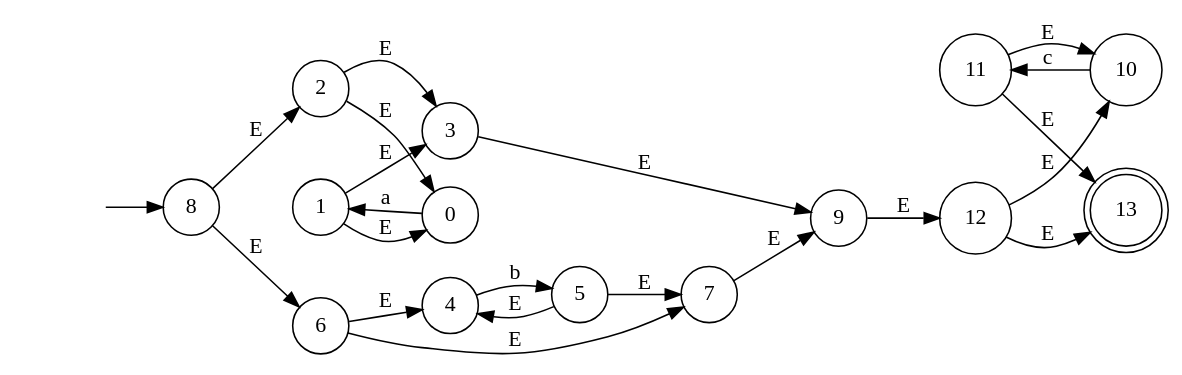
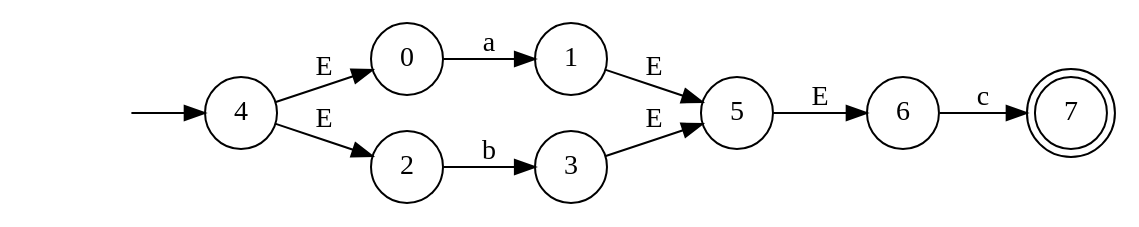
Before and after one commit to CrisLayB/ProgrammingLanguageDesign: the diagram in docs/automataAFN.dot, drawn with Graphviz. The commit also changed 3 other files, not shown here.

```diff
--- a/docs/automataAFN.dot
+++ b/docs/automataAFN.dot
@@ -1,31 +1,19 @@
 digraph "Resultado Automata" {
 rankdir=LR size="8,5"
 node [shape=doublecircle]
-13
+7
 node [shape=circle]
-8
+4
 node [shape=none]
 ""
-""-> 8 [label=""]
+""-> 4 [label=""]
 node [shape=circle]
 0 -> 1[label="a"]
-1 -> 0[label="E"]
-2 -> 3[label="E"]
-2 -> 0[label="E"]
-1 -> 3[label="E"]
-4 -> 5[label="b"]
-5 -> 4[label="E"]
-6 -> 7[label="E"]
-6 -> 4[label="E"]
-5 -> 7[label="E"]
-8 -> 2[label="E"]
-8 -> 6[label="E"]
-3 -> 9[label="E"]
-7 -> 9[label="E"]
-10 -> 11[label="c"]
-11 -> 10[label="E"]
-12 -> 13[label="E"]
-12 -> 10[label="E"]
-11 -> 13[label="E"]
-9 -> 12[label="E"]
+2 -> 3[label="b"]
+4 -> 0[label="E"]
+4 -> 2[label="E"]
+1 -> 5[label="E"]
+3 -> 5[label="E"]
+6 -> 7[label="c"]
+5 -> 6[label="E"]
 }
```
